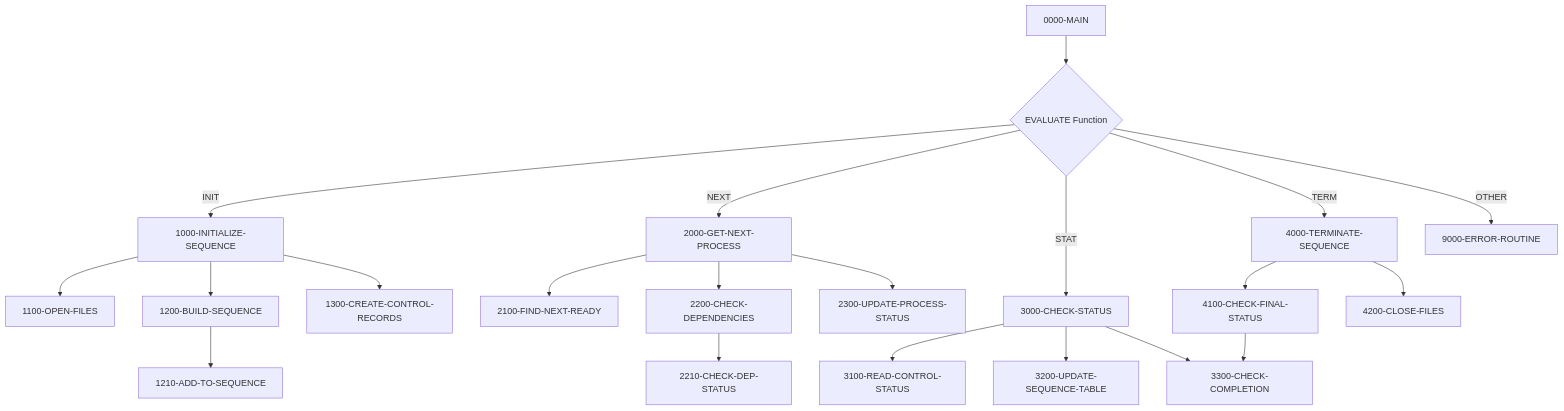
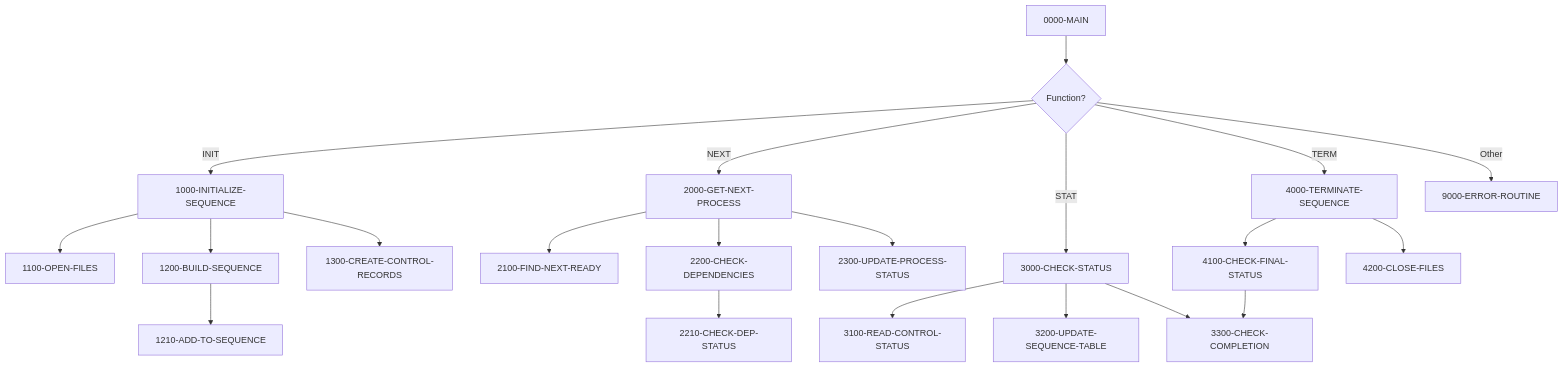
Before and after one commit to haladir-com/legacy-benchmark-docs-vb70e1: the diagram in docs/programs/PRCSEQ00.mdx, drawn with Mermaid. The commit also changed other lines of this file and 64 other files, not shown here.

````diff
--- a/docs/programs/PRCSEQ00.mdx
+++ b/docs/programs/PRCSEQ00.mdx
@@ -16,27 +16,27 @@
 ```mermaid
 graph TD
-    A[0000-MAIN] --> B{EVALUATE Function}
+    A[0000-MAIN] --> B{Function?}
     B -->|INIT| C[1000-INITIALIZE-SEQUENCE]
     B -->|NEXT| D[2000-GET-NEXT-PROCESS]
     B -->|STAT| E[3000-CHECK-STATUS]
     B -->|TERM| F[4000-TERMINATE-SEQUENCE]
-    B -->|OTHER| G[9000-ERROR-ROUTINE]
+    B -->|Other| G[9000-ERROR-ROUTINE]
     
     C --> C1[1100-OPEN-FILES]
     C --> C2[1200-BUILD-SEQUENCE]
     C --> C3[1300-CREATE-CONTROL-RECORDS]
     C2 --> C2A[1210-ADD-TO-SEQUENCE]
     
     D --> D1[2100-FIND-NEXT-READY]
     D --> D2[2200-CHECK-DEPENDENCIES]
+    D --> D3[2300-UPDATE-PROCESS-STATUS]
     D2 --> D2A[2210-CHECK-DEP-STATUS]
-    D --> D3[2300-UPDATE-PROCESS-STATUS]
     
     E --> E1[3100-READ-CONTROL-STATUS]
     E --> E2[3200-UPDATE-SEQUENCE-TABLE]
     E --> E3[3300-CHECK-COMPLETION]
     
     F --> F1[4100-CHECK-FINAL-STATUS]
     F --> F2[4200-CLOSE-FILES]
     F1 --> E3
 ```
````
